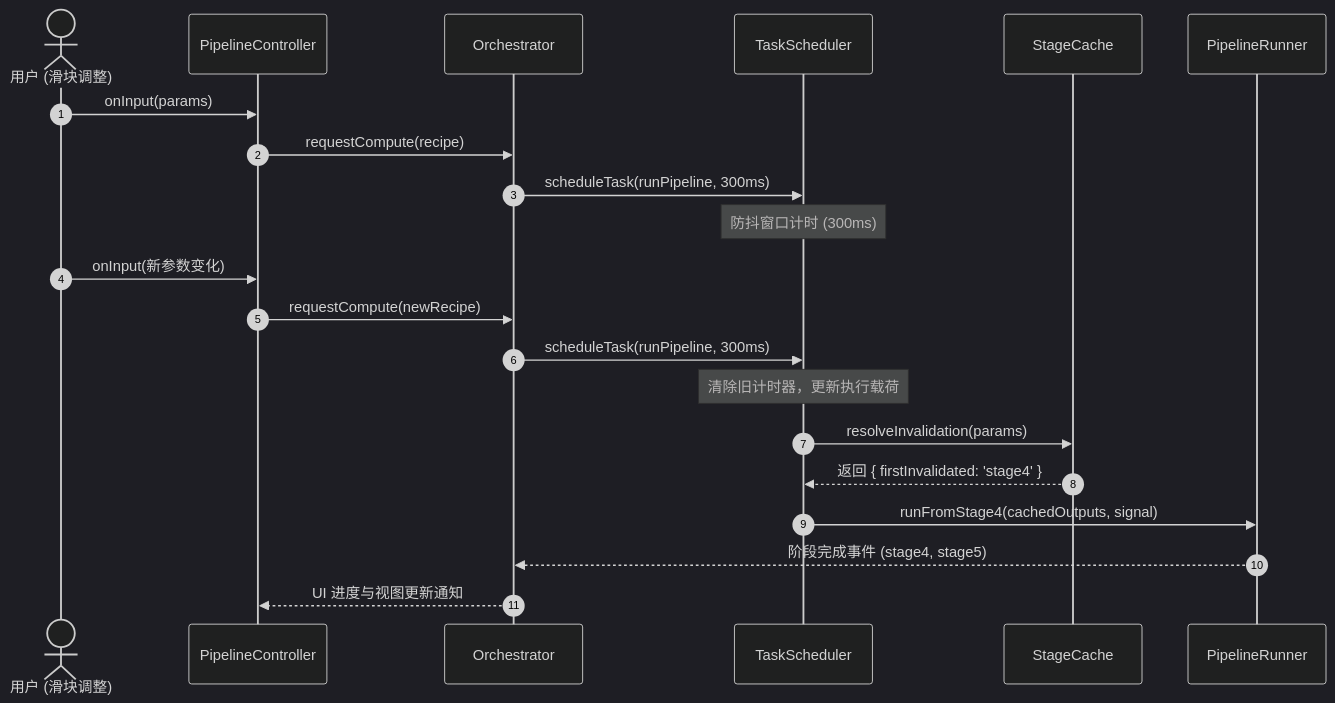
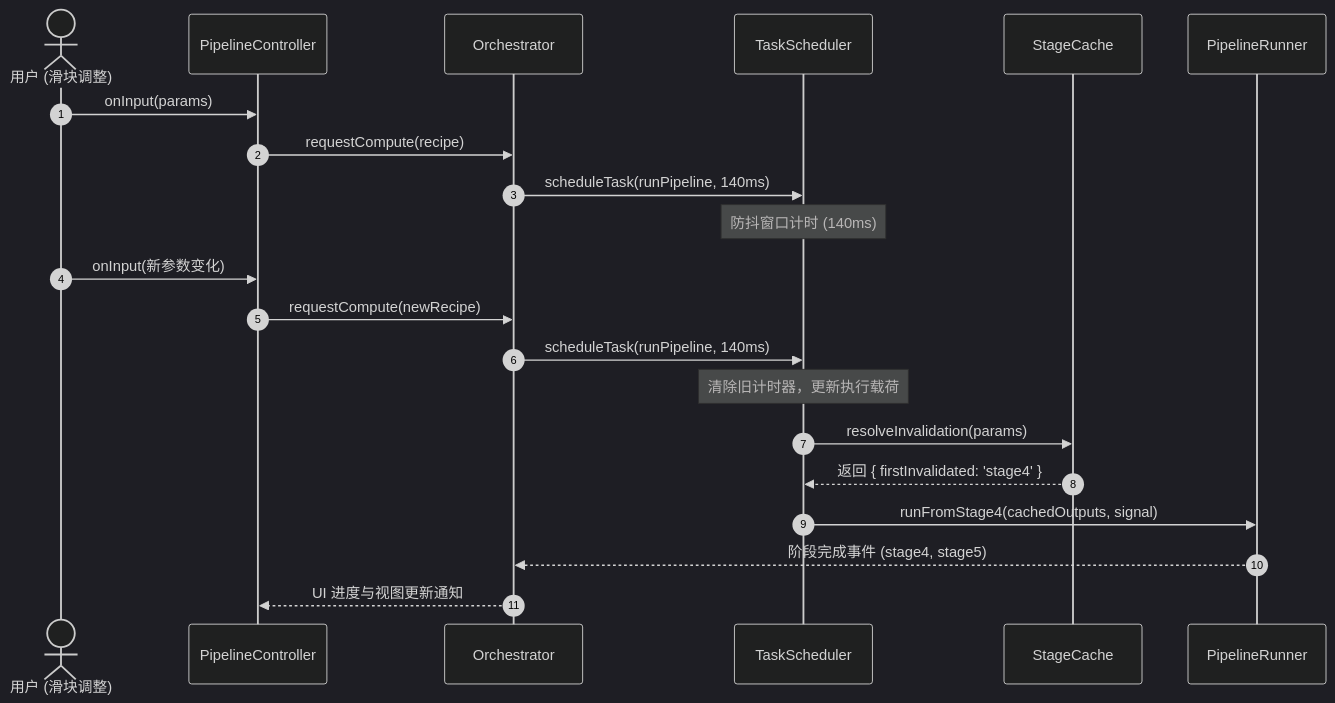
Before and after one commit to gongzhimin/Etchloom: the second of 3 diagrams in src/orchestration/docs/ARCHITECTURE.md, drawn with Mermaid (dark theme). The commit also changed other lines of this file and 55 other files, not shown here.

````diff
--- a/src/orchestration/docs/ARCHITECTURE.md
+++ b/src/orchestration/docs/ARCHITECTURE.md
@@ -25,24 +25,24 @@
 ```mermaid
 sequenceDiagram
     autonumber
     actor User as 用户 (滑块调整)
     participant Ctrl as PipelineController
     participant Orch as Orchestrator
     participant Sched as TaskScheduler
     participant Cache as StageCache
     participant Pipe as PipelineRunner
 
     User->>Ctrl: onInput(params)
     Ctrl->>Orch: requestCompute(recipe)
-    Orch->>Sched: scheduleTask(runPipeline, 300ms)
-    Note over Sched: 防抖窗口计时 (300ms)
+    Orch->>Sched: scheduleTask(runPipeline, 140ms)
+    Note over Sched: 防抖窗口计时 (140ms)
     User->>Ctrl: onInput(新参数变化)
     Ctrl->>Orch: requestCompute(newRecipe)
-    Orch->>Sched: scheduleTask(runPipeline, 300ms)
+    Orch->>Sched: scheduleTask(runPipeline, 140ms)
     Note over Sched: 清除旧计时器，更新执行载荷
     Sched->>Cache: resolveInvalidation(params)
     Cache-->>Sched: 返回 { firstInvalidated: 'stage4' }
     Sched->>Pipe: runFromStage4(cachedOutputs, signal)
     Pipe-->>Orch: 阶段完成事件 (stage4, stage5)
     Orch-->>Ctrl: UI 进度与视图更新通知
 ```
````
